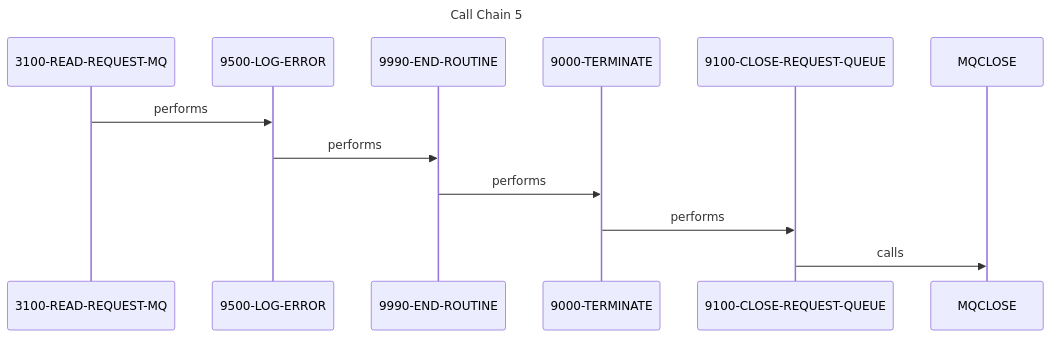
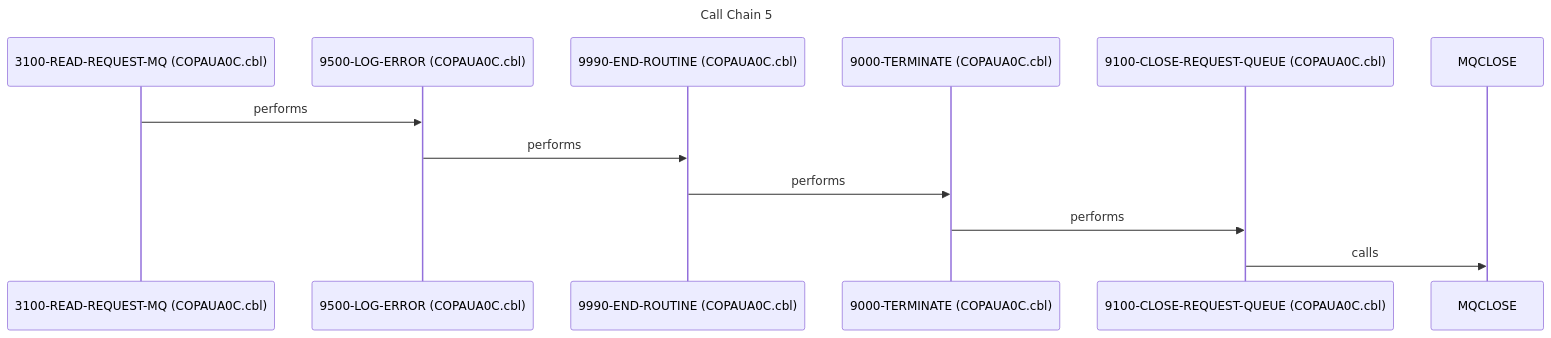
The sixth of 6 diagrams in example_output/SYSTEM_DESIGN.md (andrasfe/war_rig), drawn with Mermaid before and after one commit. The commit also changed other lines of this file and 113 other files, not shown here.

````diff
--- a/example_output/SYSTEM_DESIGN.md
+++ b/example_output/SYSTEM_DESIGN.md
@@ -404,15 +413,15 @@
 ```mermaid
 sequenceDiagram
     title Call Chain 5
-    participant 3100_READ_REQUEST_MQ as 3100-READ-REQUEST-MQ
-    participant 9500_LOG_ERROR as 9500-LOG-ERROR
-    participant 9990_END_ROUTINE as 9990-END-ROUTINE
-    participant 9000_TERMINATE as 9000-TERMINATE
-    participant 9100_CLOSE_REQUEST_QUEUE as 9100-CLOSE-REQUEST-QUEUE
+    participant 3100_READ_REQUEST_MQ as 3100-READ-REQUEST-MQ (COPAUA0C.cbl)
+    participant 9500_LOG_ERROR as 9500-LOG-ERROR (COPAUA0C.cbl)
+    participant 9990_END_ROUTINE as 9990-END-ROUTINE (COPAUA0C.cbl)
+    participant 9000_TERMINATE as 9000-TERMINATE (COPAUA0C.cbl)
+    participant 9100_CLOSE_REQUEST_QUEUE as 9100-CLOSE-REQUEST-QUEUE (COPAUA0C.cbl)
     participant MQCLOSE as MQCLOSE
     3100_READ_REQUEST_MQ->>9500_LOG_ERROR: performs
     9500_LOG_ERROR->>9990_END_ROUTINE: performs
     9990_END_ROUTINE->>9000_TERMINATE: performs
     9000_TERMINATE->>9100_CLOSE_REQUEST_QUEUE: performs
     9100_CLOSE_REQUEST_QUEUE->>MQCLOSE: calls
 ```
````
